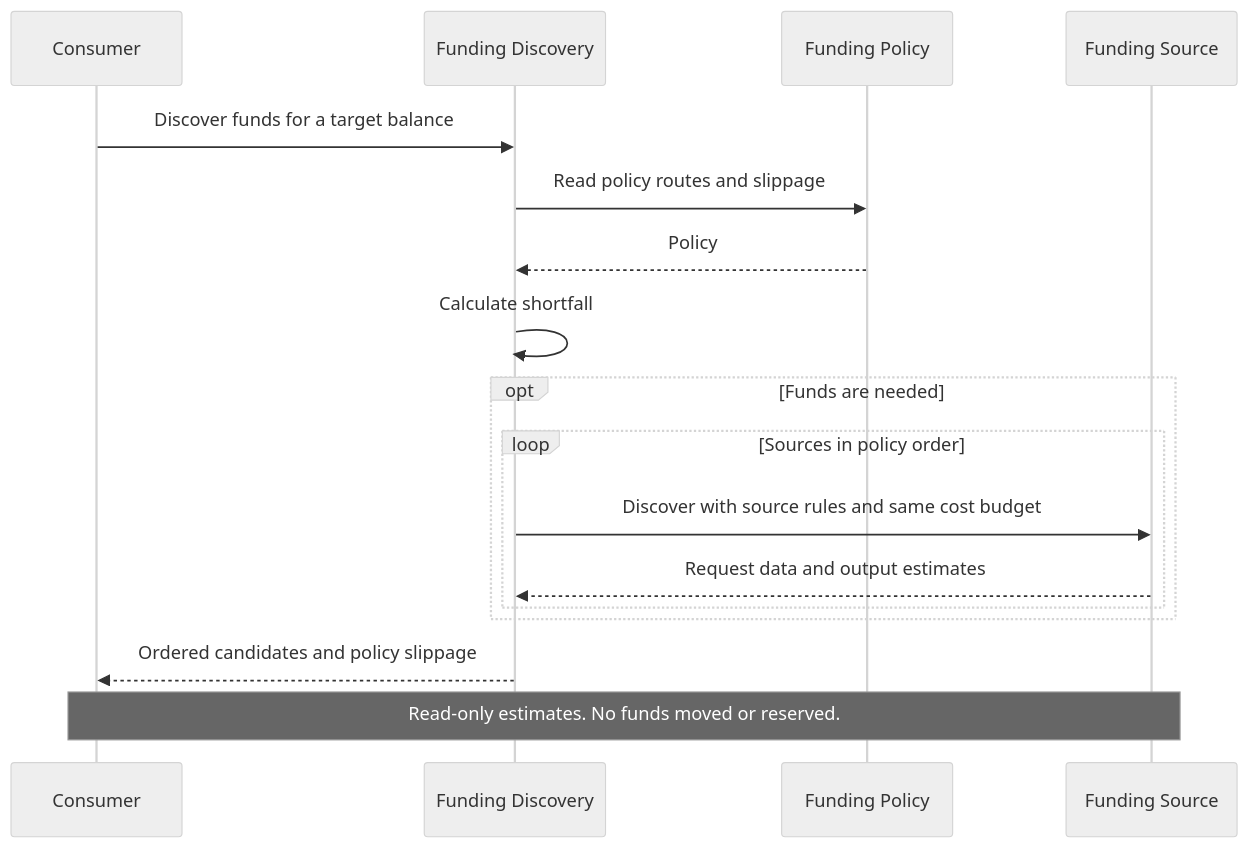
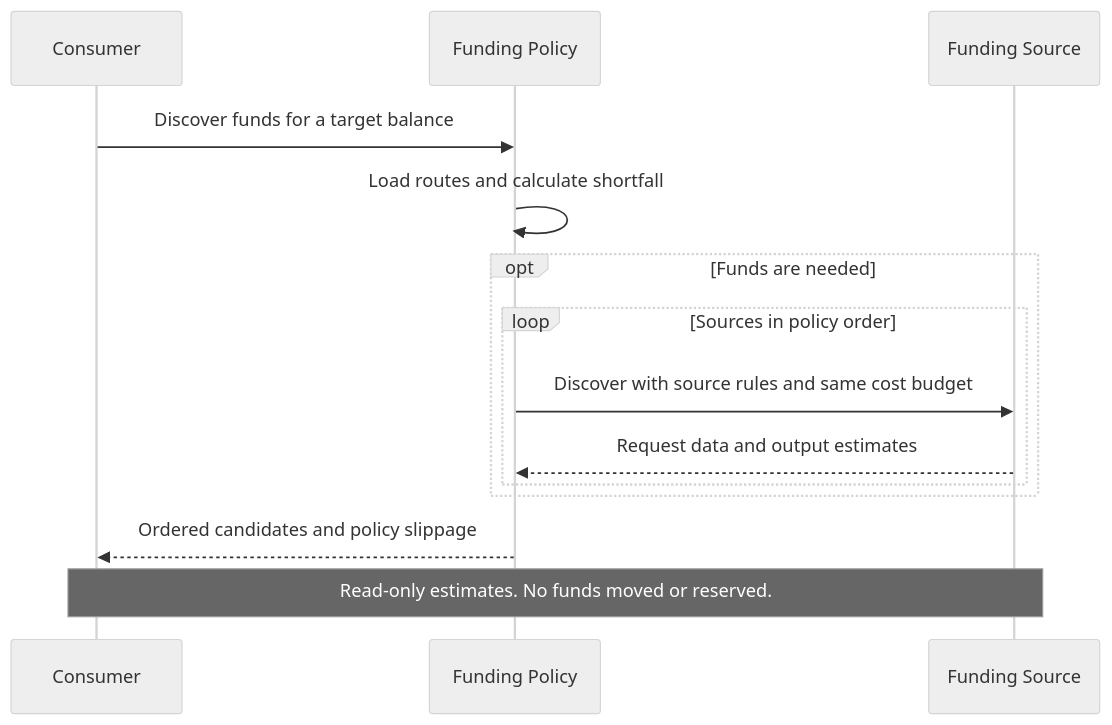
One commit to tempoxyz/tempo changed the third of 3 diagrams in tips/tip-1120.md. Above: the diagram before and after it, drawn with Mermaid (neutral theme). The commit also changed other lines of this file, not shown here.

````diff
--- a/tips/tip-1120.md
+++ b/tips/tip-1120.md
@@ -834,20 +798,17 @@
 ```mermaid
 sequenceDiagram
     participant C as Consumer
-    participant P as Funding Discovery
-    participant R as Funding Policy
+    participant P as Funding Policy
     participant F as Funding Source
 
     C->>P: Discover funds for a target balance
-    P->>R: Read policy routes and slippage
-    R-->>P: Policy
-    P->>P: Calculate shortfall
+    P->>P: Load routes and calculate shortfall
     opt Funds are needed
         loop Sources in policy order
             P->>F: Discover with source rules and same cost budget
             F-->>P: Request data and output estimates
         end
     end
     P-->>C: Ordered candidates and policy slippage
     Note over C,F: Read-only estimates. No funds moved or reserved.
 ```
````
